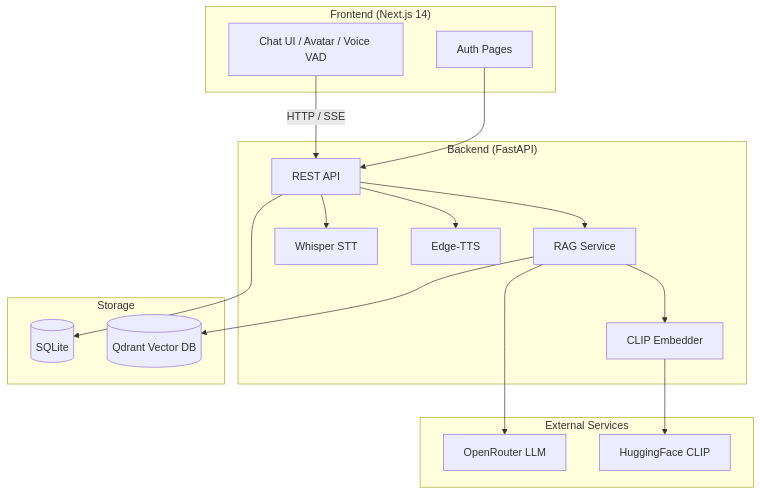
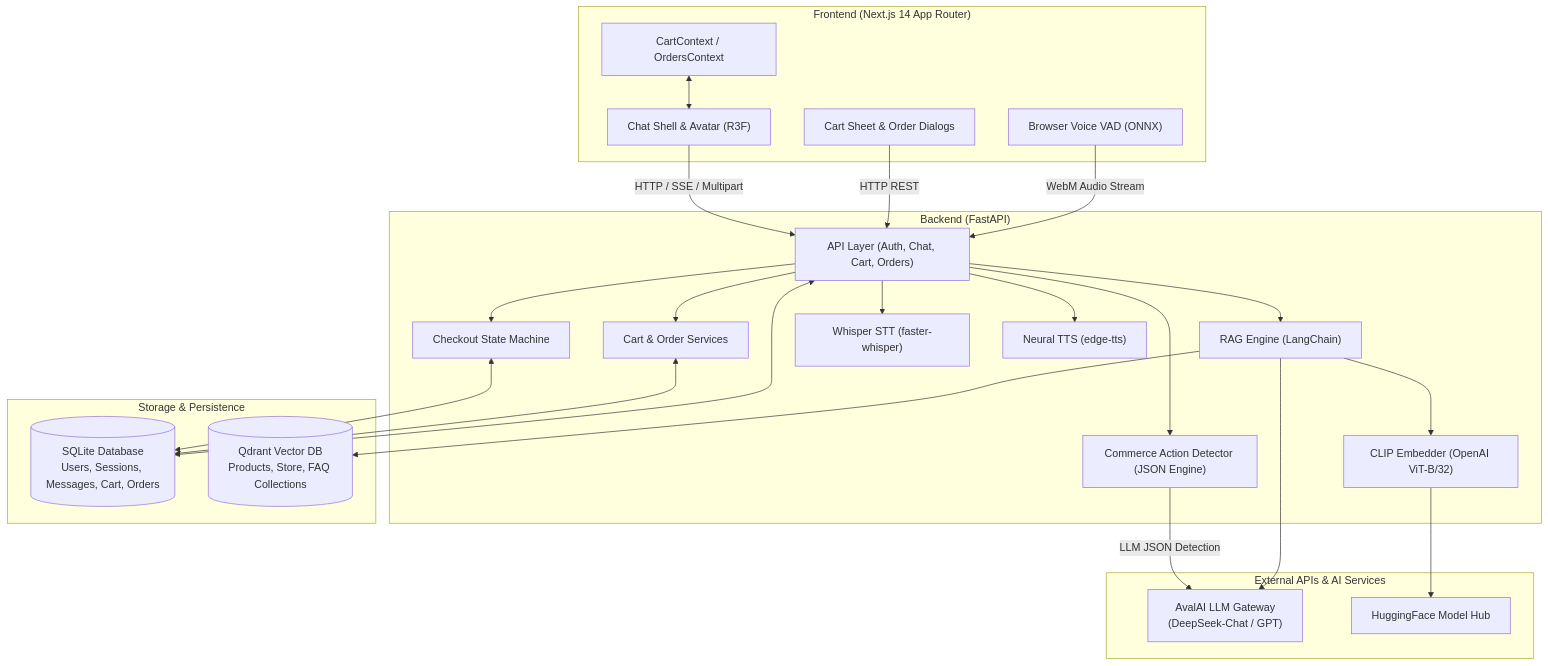
The first of 2 diagrams in README.md (FeiziSoheil/Parak-Rag), drawn with Mermaid before and after one commit. The commit also changed other lines of this file and 51 other files, not shown here.

Commit message:
feat: complete in-chat commerce ordering, order sheets, and updated documentation

````diff
--- a/README.md
+++ b/README.md
@@ -40,36 +44,52 @@
 ```mermaid
 flowchart TB
-    subgraph Frontend["Frontend (Next.js 14)"]
-        UI[Chat UI / Avatar / Voice VAD]
-        Auth[Auth Pages]
+    subgraph Frontend["Frontend (Next.js 14 App Router)"]
+        UI["Chat Shell & Avatar (R3F)"]
+        CartUI["Cart Sheet & Order Dialogs"]
+        VAD["Browser Voice VAD (ONNX)"]
+        Contexts["CartContext / OrdersContext"]
     end
 
     subgraph Backend["Backend (FastAPI)"]
-        API[REST API]
-        RAG[RAG Service]
-        STT[Whisper STT]
-        TTS[Edge-TTS]
-        CLIP[CLIP Embedder]
+        API["API Layer (Auth, Chat, Cart, Orders)"]
+        Detector["Commerce Action Detector (JSON Engine)"]
+        StateMachine["Checkout State Machine"]
+        CommerceSvc["Cart & Order Services"]
+        RAG["RAG Engine (LangChain)"]
+        STT["Whisper STT (faster-whisper)"]
+        TTS["Neural TTS (edge-tts)"]
+        CLIP["CLIP Embedder (OpenAI ViT-B/32)"]
     end
 
-    subgraph Storage["Storage"]
-        SQLite[(SQLite)]
-        Qdrant[(Qdrant Vector DB)]
+    subgraph Storage["Storage & Persistence"]
+        SQLite[("SQLite Database<br/>Users, Sessions, Messages, Cart, Orders")]
+        Qdrant[("Qdrant Vector DB<br/>Products, Store, FAQ Collections")]
     end
 
-    subgraph External["External Services"]
-        OR[OpenRouter LLM]
-        HF[HuggingFace CLIP]
+    subgraph External["External APIs & AI Services"]
+        AvalAI["AvalAI LLM Gateway<br/>(DeepSeek-Chat / GPT)"]
+        HF["HuggingFace Model Hub"]
     end
 
-    UI -->|HTTP / SSE| API
-    Auth --> API
+    UI -->|HTTP / SSE / Multipart| API
+    CartUI -->|HTTP REST| API
+    VAD -->|WebM Audio Stream| API
+    Contexts <--> UI
+
+    API --> Detector
+    API --> StateMachine
+    API --> CommerceSvc
     API --> RAG
     API --> STT
     API --> TTS
+
+    Detector -->|LLM JSON Detection| AvalAI
+    StateMachine <--> SQLite
+    CommerceSvc <--> SQLite
+    API <--> SQLite
+
     RAG --> CLIP
     RAG --> Qdrant
-    RAG --> OR
+    RAG --> AvalAI
     CLIP --> HF
-    API --> SQLite
 ```
````
